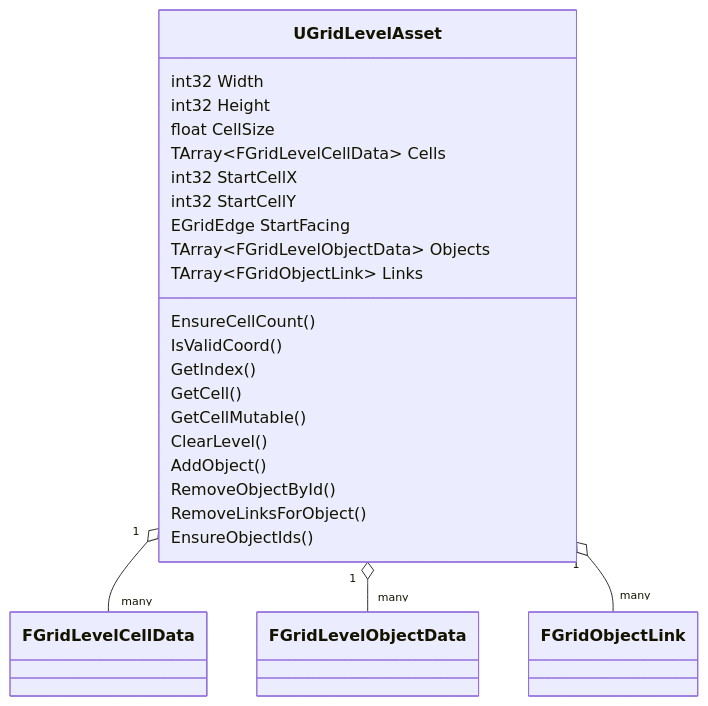
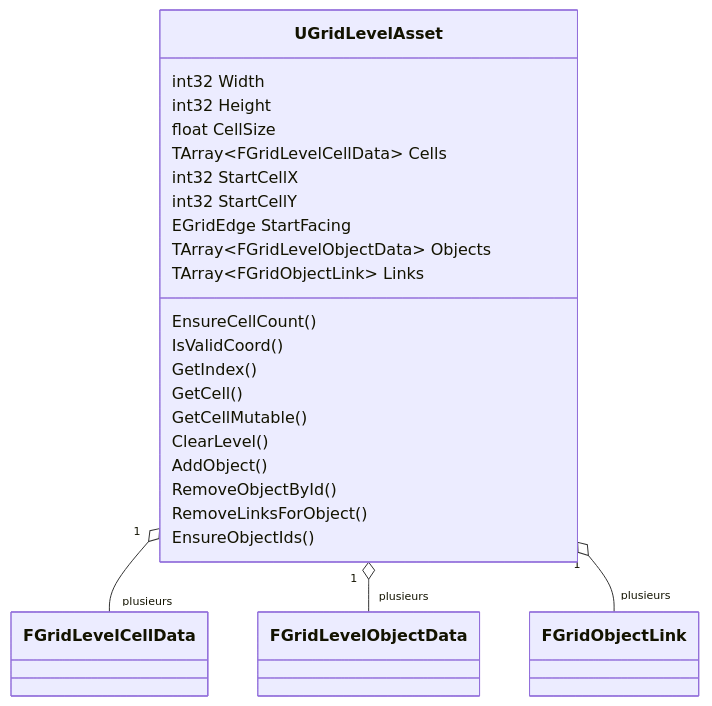
The third of 9 diagrams in docs/Architecture/CORE_DUNGEON_LEVEL_GRID.md (PhilippeMartin1964/GrimrockPrototype), drawn with Mermaid before and after one commit. The commit also changed other lines of this file, not shown here.

Commit message:
Translate core dungeon level grid documentation to French

````diff
--- a/docs/Architecture/CORE_DUNGEON_LEVEL_GRID.md
+++ b/docs/Architecture/CORE_DUNGEON_LEVEL_GRID.md
@@ -289,32 +293,32 @@
 ```mermaid
 classDiagram
     class UGridLevelAsset {
         int32 Width
         int32 Height
         float CellSize
         TArray~FGridLevelCellData~ Cells
         int32 StartCellX
         int32 StartCellY
         EGridEdge StartFacing
         TArray~FGridLevelObjectData~ Objects
         TArray~FGridObjectLink~ Links
         EnsureCellCount()
         IsValidCoord()
         GetIndex()
         GetCell()
         GetCellMutable()
         ClearLevel()
         AddObject()
         RemoveObjectById()
         RemoveLinksForObject()
         EnsureObjectIds()
     }
 
     class FGridLevelCellData
     class FGridLevelObjectData
     class FGridObjectLink
 
-    UGridLevelAsset "1" o-- "many" FGridLevelCellData
-    UGridLevelAsset "1" o-- "many" FGridLevelObjectData
-    UGridLevelAsset "1" o-- "many" FGridObjectLink
+    UGridLevelAsset "1" o-- "plusieurs" FGridLevelCellData
+    UGridLevelAsset "1" o-- "plusieurs" FGridLevelObjectData
+    UGridLevelAsset "1" o-- "plusieurs" FGridObjectLink
 ```
````
